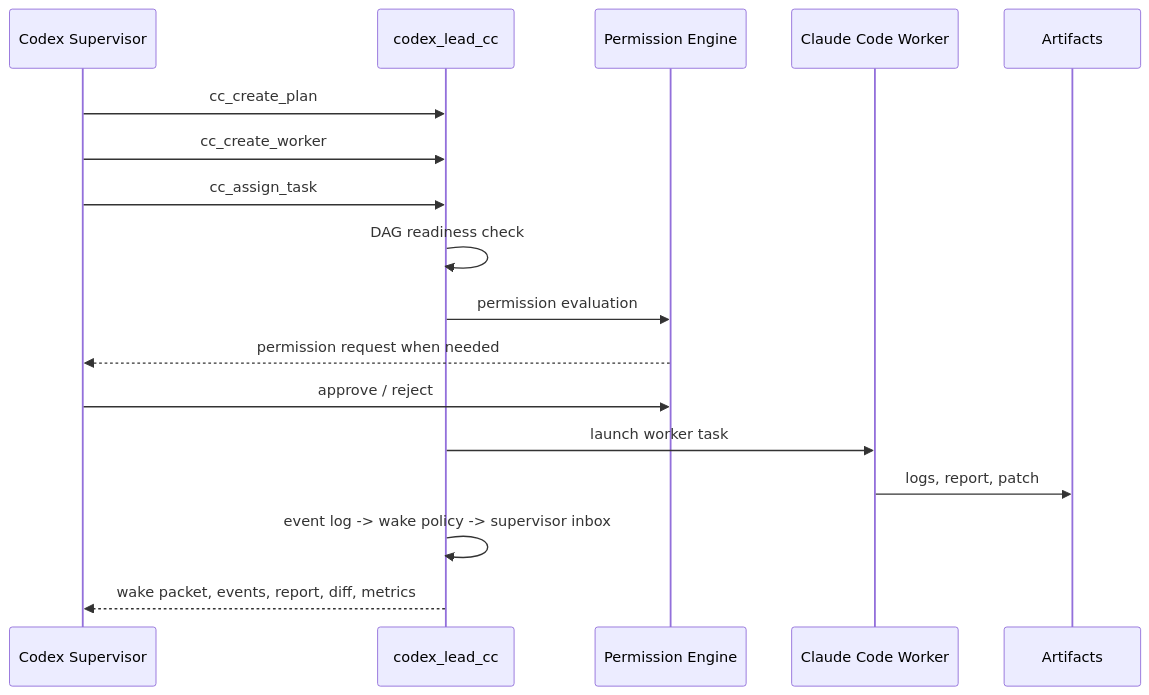
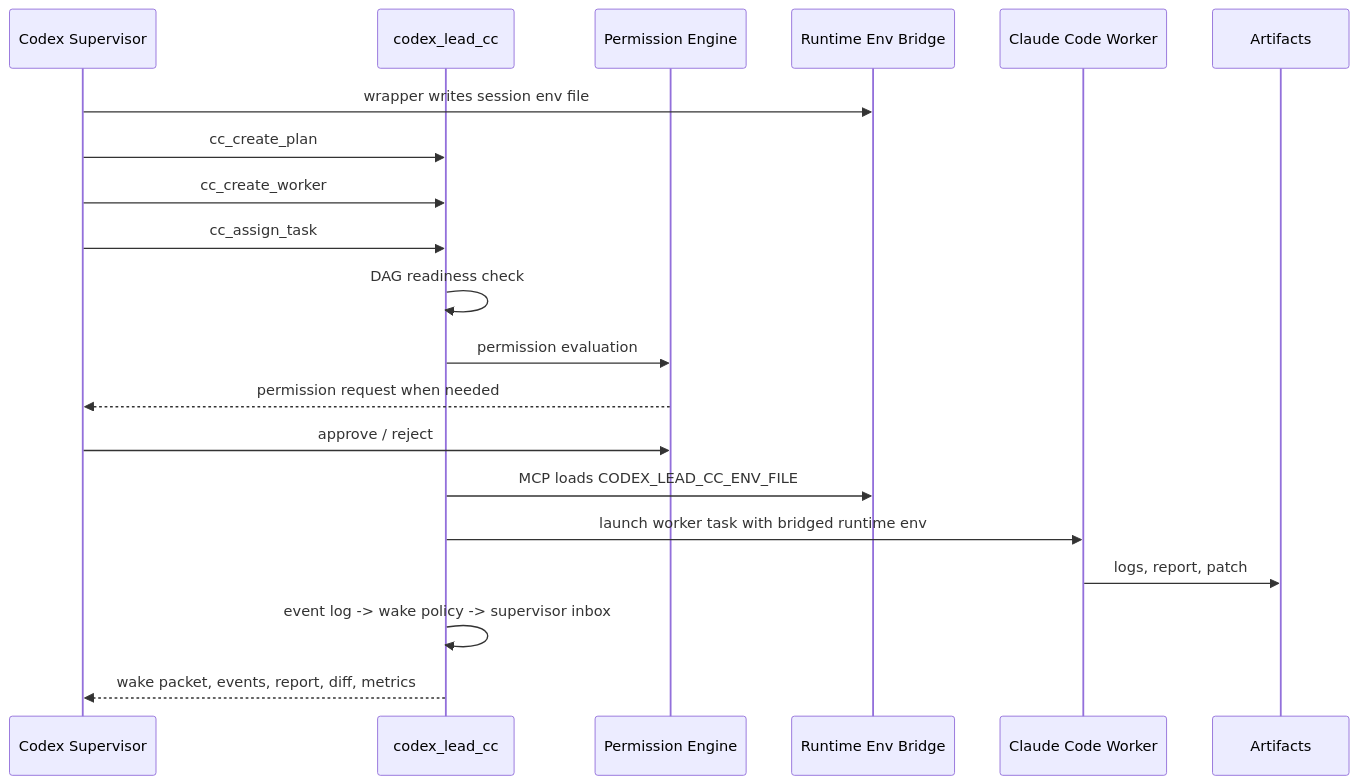
Before and after one commit to zake-cn/codex_lead_cc: the diagram in docs/architecture.md, drawn with Mermaid. The commit also changed other lines of this file and 25 other files, not shown here.

Commit message:
Add Claude runtime environment bridge

````diff
--- a/docs/architecture.md
+++ b/docs/architecture.md
@@ -54,20 +55,23 @@
 ```mermaid
 sequenceDiagram
   participant C as Codex Supervisor
   participant O as codex_lead_cc
   participant P as Permission Engine
+  participant E as Runtime Env Bridge
   participant W as Claude Code Worker
   participant A as Artifacts
 
+  C->>E: wrapper writes session env file
   C->>O: cc_create_plan
   C->>O: cc_create_worker
   C->>O: cc_assign_task
   O->>O: DAG readiness check
   O->>P: permission evaluation
   P-->>C: permission request when needed
   C->>P: approve / reject
-  O->>W: launch worker task
+  O->>E: MCP loads CODEX_LEAD_CC_ENV_FILE
+  O->>W: launch worker task with bridged runtime env
   W->>A: logs, report, patch
   O->>O: event log -> wake policy -> supervisor inbox
   O-->>C: wake packet, events, report, diff, metrics
 ```
````
